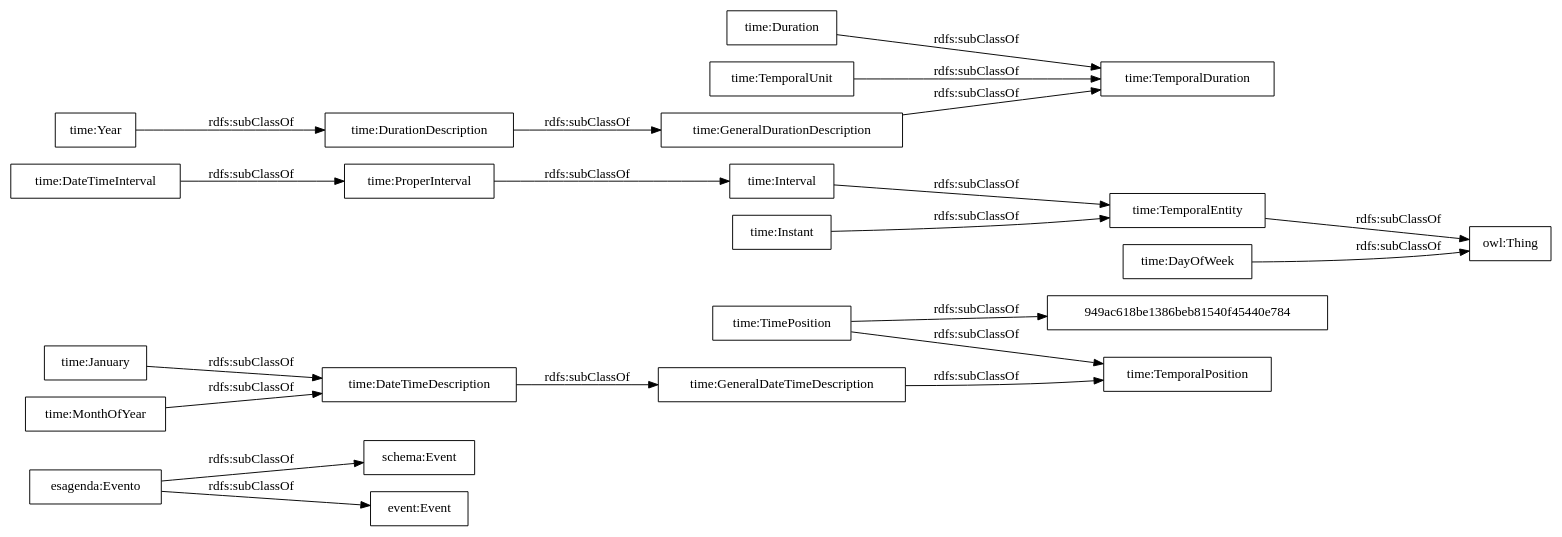
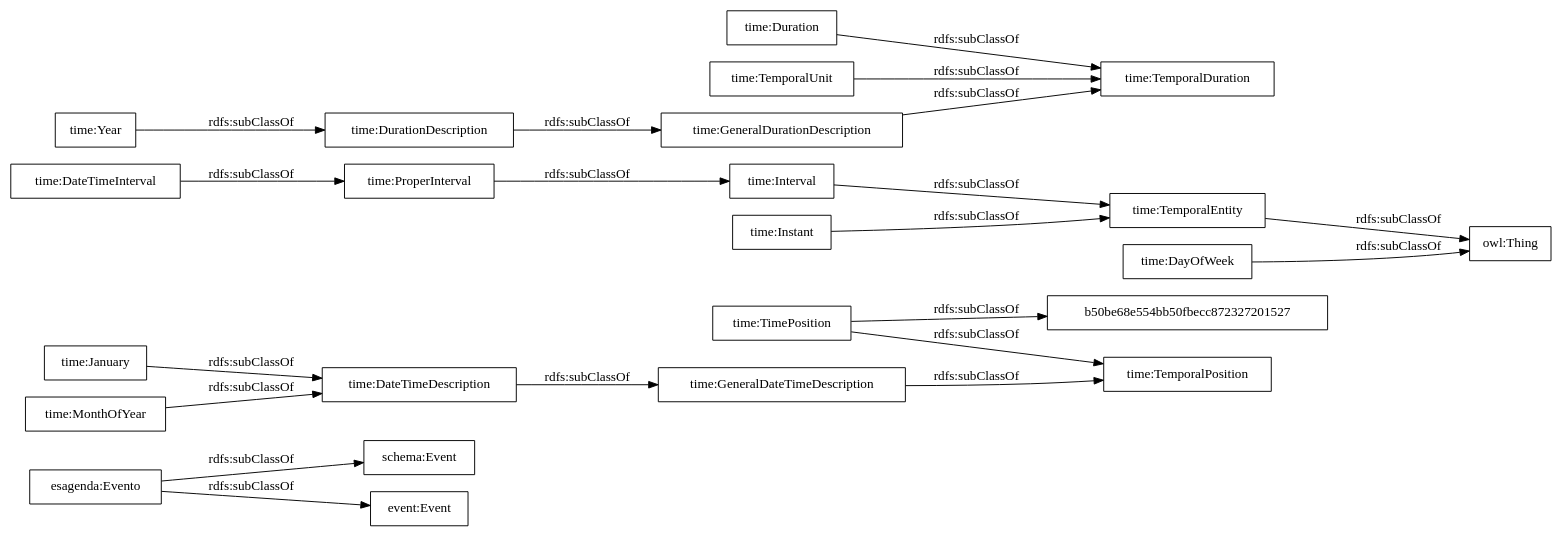
The diagram in OnToology/agenda.owl/diagrams/ar2dtool-taxonomy/agenda.owl.png.dot (paoespinozarias/cultura-ocio-agenda-eventos-actividades), drawn with Graphviz before and after one commit. The commit also changed 5 other files, not shown here.

```diff
--- a/OnToology/agenda.owl/diagrams/ar2dtool-taxonomy/agenda.owl.png.dot
+++ b/OnToology/agenda.owl/diagrams/ar2dtool-taxonomy/agenda.owl.png.dot
@@ -1,25 +1,25 @@
 digraph ar2dtool_diagram { 
 rankdir=LR;
 size="1000"
-node [shape = rectangle, color="black"]; "esagenda:Evento" "schema:Event" "event:Event" "time:GeneralDateTimeDescription" "time:DateTimeInterval" "time:DurationDescription" "949ac618be1386beb81540f45440e784" "time:TemporalDuration" "time:Duration" "time:GeneralDurationDescription" "time:January" "time:ProperInterval" "time:TimePosition" "time:TemporalPosition" "time:Interval" "time:TemporalEntity" "time:Year" "time:MonthOfYear" "time:DateTimeDescription" "time:TemporalUnit" "time:Instant" "time:DayOfWeek" ; /*classes style*/
+node [shape = rectangle, color="black"]; "esagenda:Evento" "schema:Event" "event:Event" "time:GeneralDateTimeDescription" "time:DateTimeInterval" "time:DurationDescription" "time:TemporalDuration" "time:Duration" "time:GeneralDurationDescription" "time:January" "time:ProperInterval" "time:TimePosition" "time:TemporalPosition" "time:Interval" "time:TemporalEntity" "time:Year" "time:MonthOfYear" "b50be68e554bb50fbecc872327201527" "time:DateTimeDescription" "time:TemporalUnit" "time:Instant" "time:DayOfWeek" ; /*classes style*/
 	"time:TemporalEntity" -> "owl:Thing" [ label = "rdfs:subClassOf" ];
 	"time:DateTimeInterval" -> "time:ProperInterval" [ label = "rdfs:subClassOf" ];
 	"time:DayOfWeek" -> "owl:Thing" [ label = "rdfs:subClassOf" ];
 	"time:TemporalUnit" -> "time:TemporalDuration" [ label = "rdfs:subClassOf" ];
 	"time:Year" -> "time:DurationDescription" [ label = "rdfs:subClassOf" ];
 	"time:Interval" -> "time:TemporalEntity" [ label = "rdfs:subClassOf" ];
 	"time:MonthOfYear" -> "time:DateTimeDescription" [ label = "rdfs:subClassOf" ];
 	"time:GeneralDurationDescription" -> "time:TemporalDuration" [ label = "rdfs:subClassOf" ];
 	"time:GeneralDateTimeDescription" -> "time:TemporalPosition" [ label = "rdfs:subClassOf" ];
 	"time:DateTimeDescription" -> "time:GeneralDateTimeDescription" [ label = "rdfs:subClassOf" ];
 	"time:DurationDescription" -> "time:GeneralDurationDescription" [ label = "rdfs:subClassOf" ];
-	"time:TimePosition" -> "949ac618be1386beb81540f45440e784" [ label = "rdfs:subClassOf" ];
+	"time:TimePosition" -> "b50be68e554bb50fbecc872327201527" [ label = "rdfs:subClassOf" ];
 	"time:TimePosition" -> "time:TemporalPosition" [ label = "rdfs:subClassOf" ];
 	"time:January" -> "time:DateTimeDescription" [ label = "rdfs:subClassOf" ];
 	"time:ProperInterval" -> "time:Interval" [ label = "rdfs:subClassOf" ];
 	"time:Instant" -> "time:TemporalEntity" [ label = "rdfs:subClassOf" ];
 	"esagenda:Evento" -> "schema:Event" [ label = "rdfs:subClassOf" ];
 	"esagenda:Evento" -> "event:Event" [ label = "rdfs:subClassOf" ];
 	"time:Duration" -> "time:TemporalDuration" [ label = "rdfs:subClassOf" ];
 
 }
```
